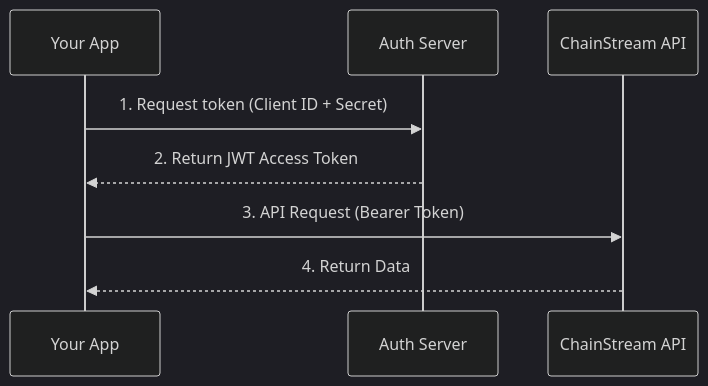
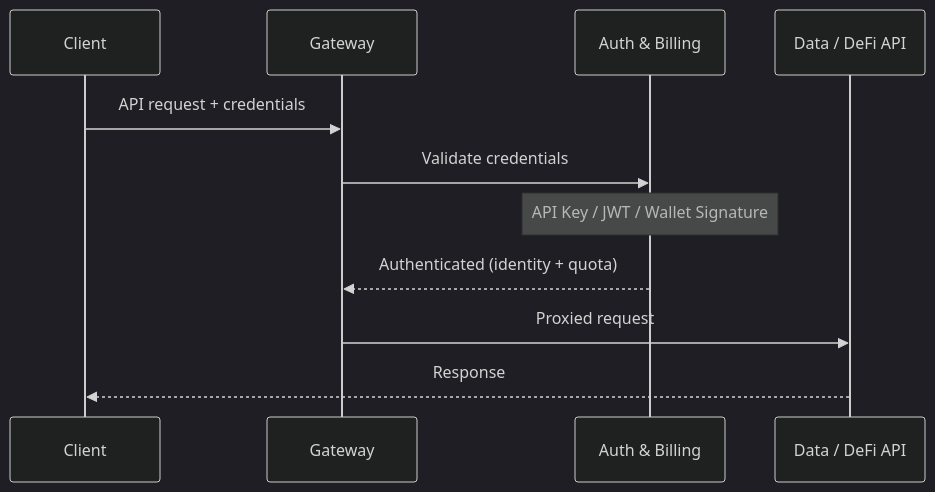
The diagram in en/guides/getting-started/authentication.mdx (chainstream-io/docs), drawn with Mermaid (dark theme) before and after one commit. The commit also changed other lines of this file and 110 other files, not shown here.

First line of the commit message:
update & add graphql module

````diff
--- a/en/guides/getting-started/authentication.mdx
+++ b/en/guides/getting-started/authentication.mdx
@@ -11,11 +11,14 @@
 ```mermaid
 sequenceDiagram
-    participant App as Your App
-    participant Auth as Auth Server
-    participant API as ChainStream API
-    
-    App->>Auth: 1. Request token (Client ID + Secret)
-    Auth-->>App: 2. Return JWT Access Token
-    App->>API: 3. API Request (Bearer Token)
-    API-->>App: 4. Return Data
+    participant Client
+    participant GW as Gateway
+    participant Auth as Auth & Billing
+    participant Backend as Data / DeFi API
+
+    Client->>GW: API request + credentials
+    GW->>Auth: Validate credentials
+    Note over Auth: API Key / JWT / Wallet Signature
+    Auth-->>GW: Authenticated (identity + quota)
+    GW->>Backend: Proxied request
+    Backend-->>Client: Response
 ```
````
